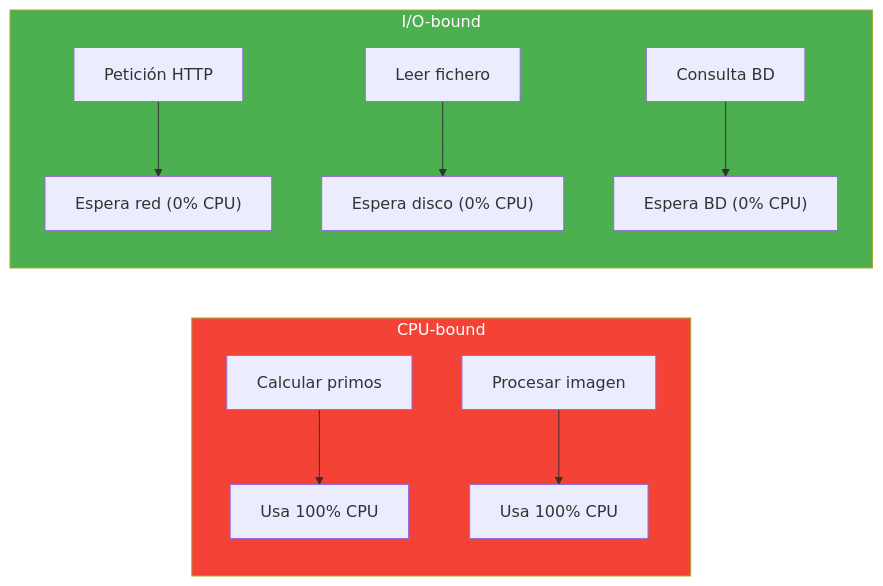
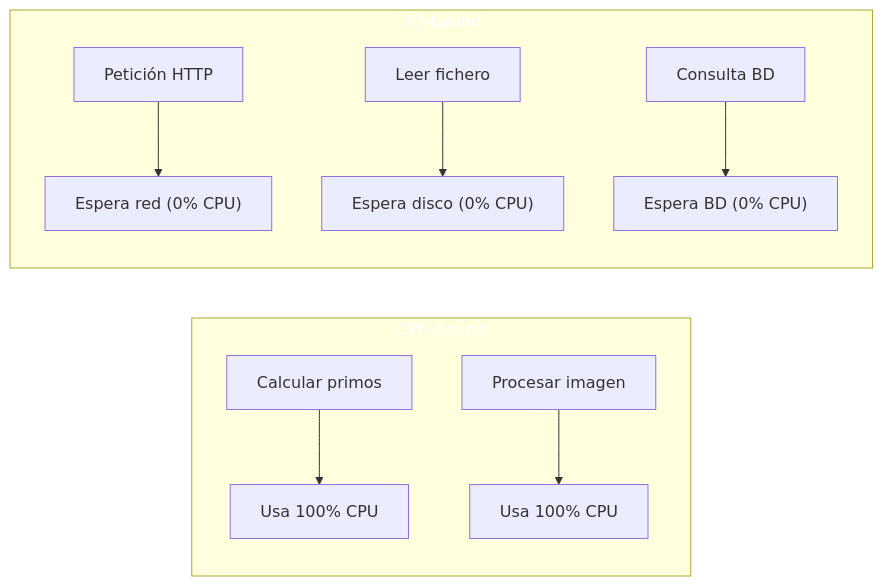
One commit to joseluisgs/DesarrolloWebEntornosServidor-01-2026-2027 changed the second of 21 diagrams in 16-concurrencia-asincronia.md. Above: the diagram before and after it, drawn with Mermaid. The commit also changed other lines of this file and 66 other files, not shown here.

First line of the commit message:
fix: normalizar titulos al castellano de frase y corregir la paleta de mermaid

````diff
--- a/16-concurrencia-asincronia.md
+++ b/16-concurrencia-asincronia.md
@@ -85,16 +85,16 @@
 ```mermaid
 graph LR
     subgraph CPU["CPU-bound"]
         C1["Calcular primos"] --> C2["Usa 100% CPU"]
         C3["Procesar imagen"] --> C4["Usa 100% CPU"]
     end
 
     subgraph IO["I/O-bound"]
         I1["Petición HTTP"] --> I2["Espera red (0% CPU)"]
         I3["Leer fichero"] --> I4["Espera disco (0% CPU)"]
         I5["Consulta BD"] --> I6["Espera BD (0% CPU)"]
     end
 
-    style CPU fill:#f44336,color:#fff
-    style IO fill:#4CAF50,color:#fff
+    style CPU fill:#f4433,color:#fff6,color:#fff
+    style IO fill:#4CAF5,color:#fff0,color:#fff
 ```
````
